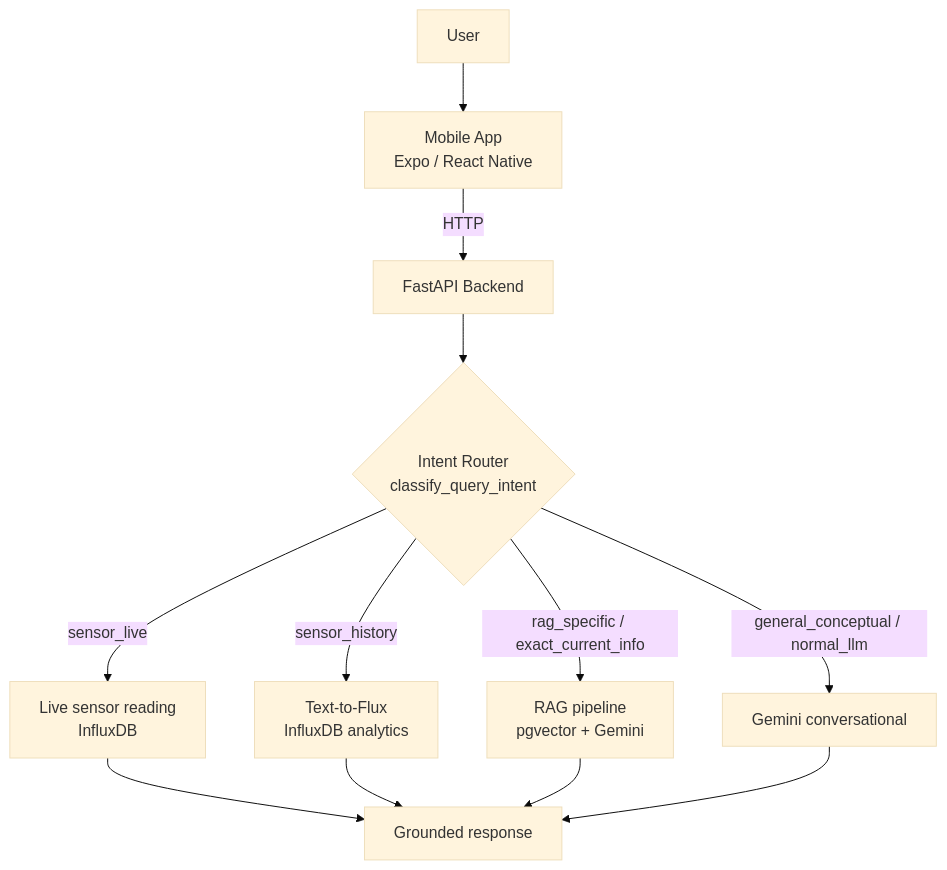
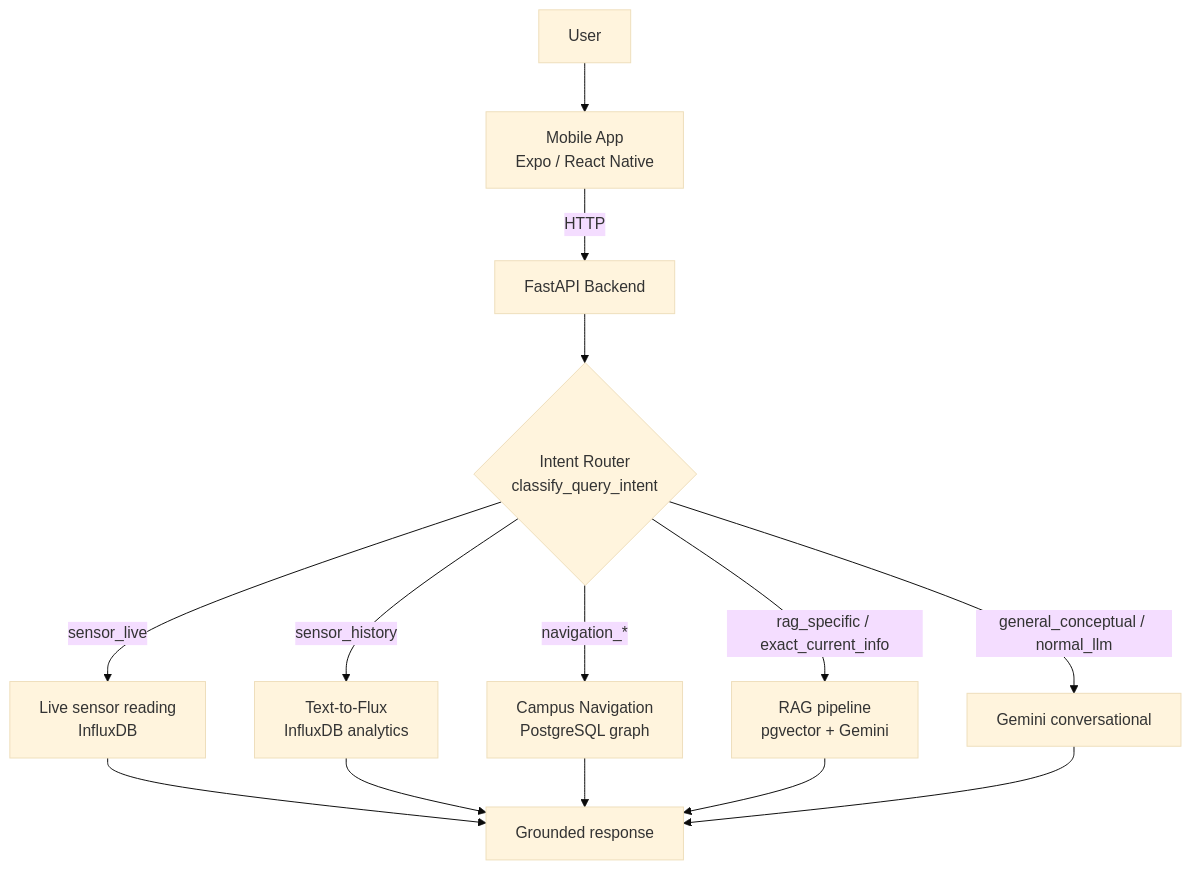
The diagram in README.md (Saiful-Codes/campus-aware-ai-agent), drawn with Mermaid (base theme) before and after one commit. The commit also changed other lines of this file and 1 other file, not shown here.

Commit message:
README and Architecture Updated

````diff
--- a/README.md
+++ b/README.md
@@ -38,14 +40,16 @@
 ```mermaid
 flowchart TD
     U[User] --> M[Mobile App<br/>Expo / React Native]
     M -->|HTTP| API[FastAPI Backend]
     API --> R{Intent Router<br/>classify_query_intent}
     R -->|sensor_live| LIVE[Live sensor reading<br/>InfluxDB]
     R -->|sensor_history| FLUX[Text-to-Flux<br/>InfluxDB analytics]
+    R -->|navigation_*| NAV[Campus Navigation<br/>PostgreSQL graph]
     R -->|rag_specific / exact_current_info| RAG[RAG pipeline<br/>pgvector + Gemini]
     R -->|general_conceptual / normal_llm| LLM[Gemini conversational]
     LIVE --> RESP[Grounded response]
     FLUX --> RESP
+    NAV --> RESP
     RAG --> RESP
     LLM --> RESP
 ```
````
